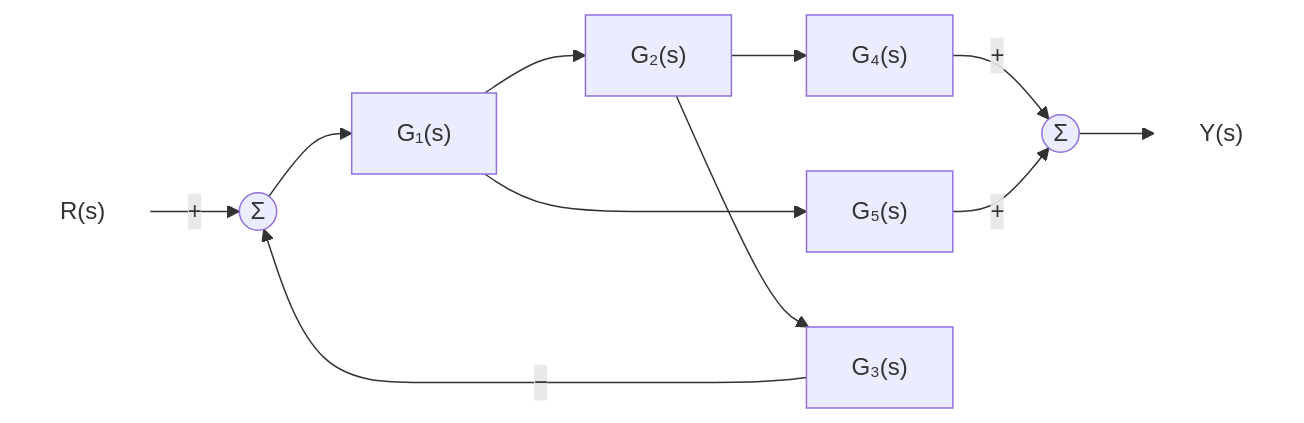
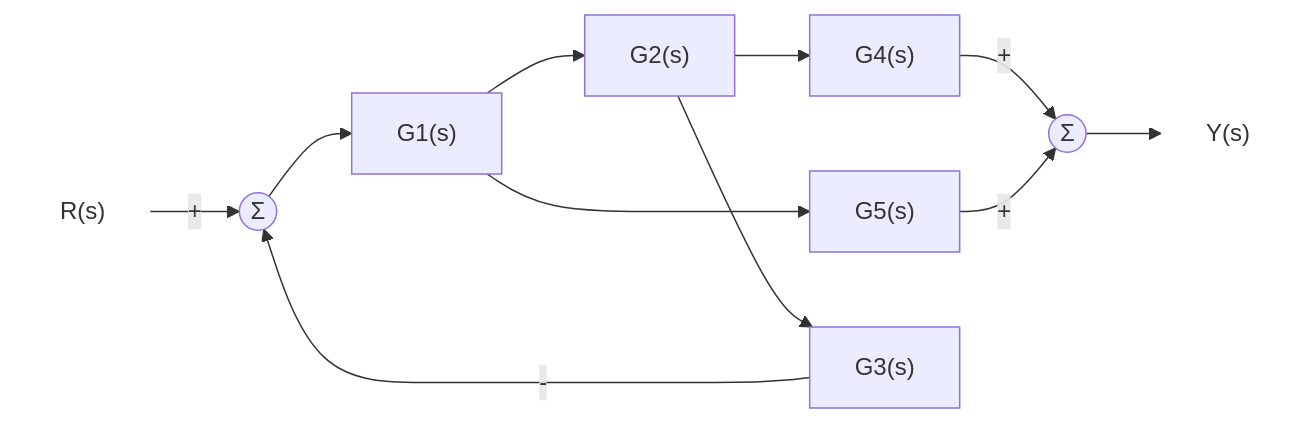
One commit to Choroning/25Fall_Neural-Network-Control-Systems changed diagram 13 of 15 in Lecture-Notes/Week05_Control-System-Modeling-II/Concepts_Lecture.md. Above: the diagram before and after it, drawn with Mermaid. The commit also changed other lines of this file and 25 other files, not shown here.

````diff
--- a/Lecture-Notes/Week05_Control-System-Modeling-II/Concepts_Lecture.md
+++ b/Lecture-Notes/Week05_Control-System-Modeling-II/Concepts_Lecture.md
@@ -888,15 +890,15 @@
 ```mermaid
 flowchart LR
-  R["R(s)"] -->|"+"| S1(("Σ"))
-  S1 --> G1["G₁(s)"]
-  G1 --> G2["G₂(s)"]
-  G1 --> G5["G₅(s)"]
-  G2 --> G4["G₄(s)"]
-  G2 --> G3["G₃(s)"]
-  G3 -->|"−"| S1
-  G4 -->|"+"| S2(("Σ"))
-  G5 -->|"+"| S2
+  R["R(s)"] -->|"#43;"| S1(("Σ"))
+  S1 --> G1["G1(s)"]
+  G1 --> G2["G2(s)"]
+  G1 --> G5["G5(s)"]
+  G2 --> G4["G4(s)"]
+  G2 --> G3["G3(s)"]
+  G3 -->|"#45;"| S1
+  G4 -->|"#43;"| S2(("Σ"))
+  G5 -->|"#43;"| S2
   S2 --> Y["Y(s)"]
   classDef sig fill:none,stroke:none;
   class R,Y sig;
 ```
````
